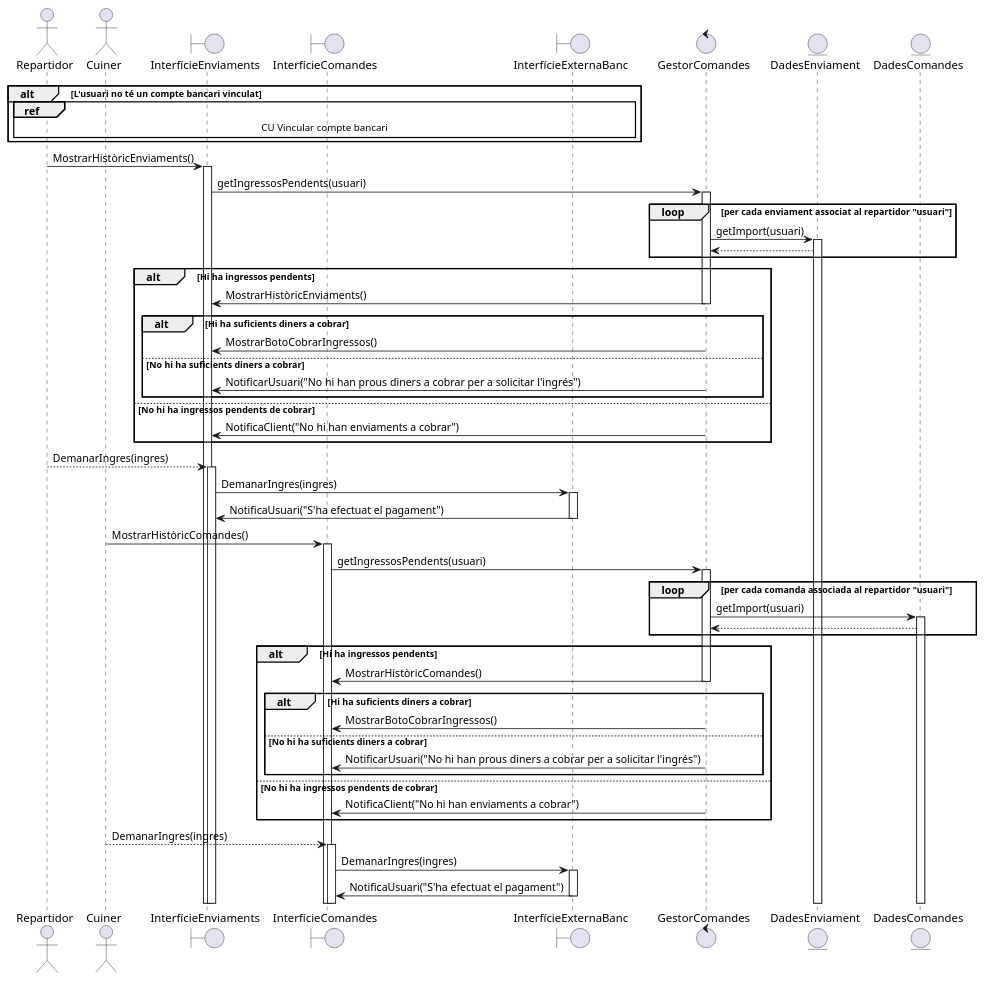
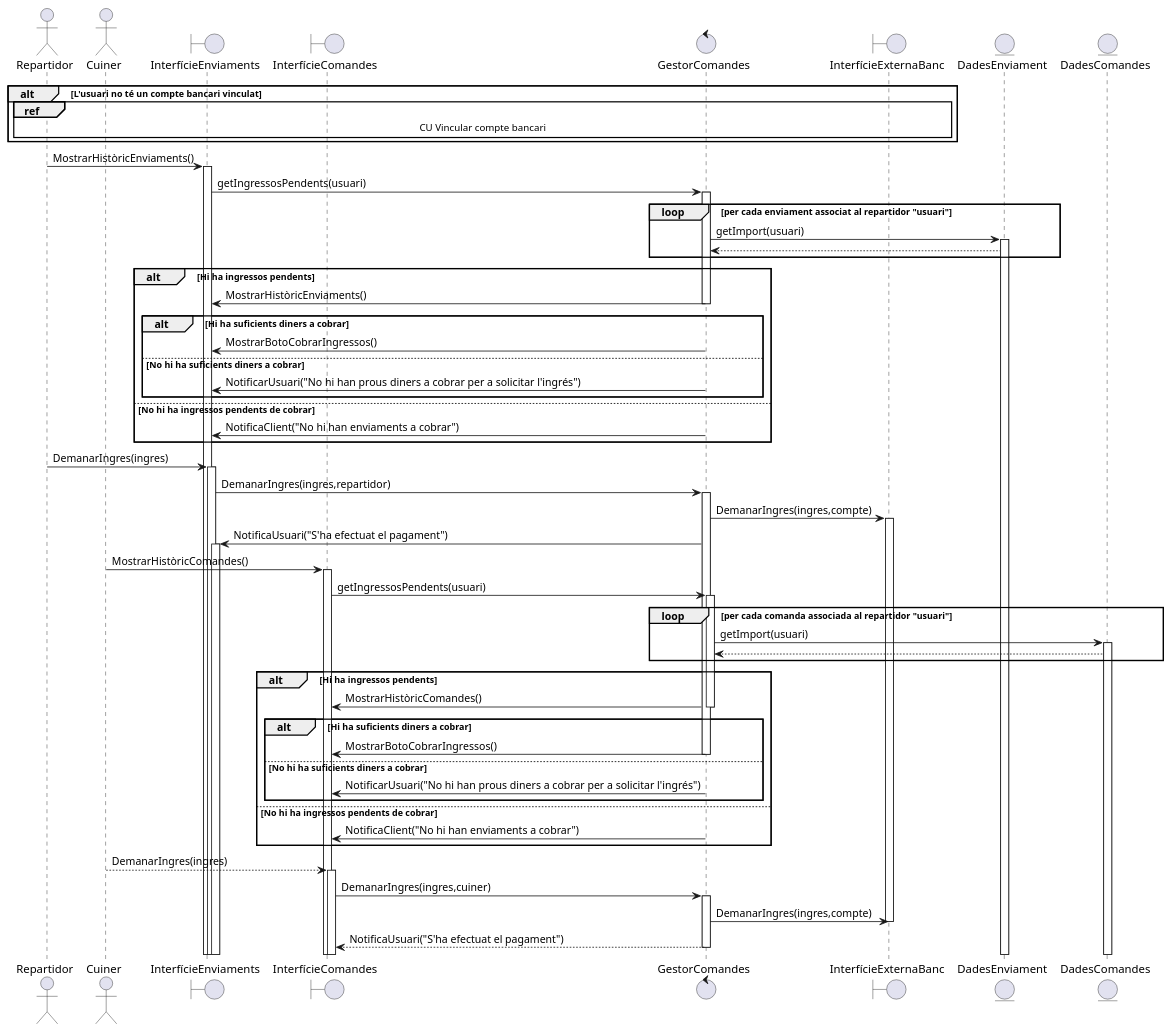
The diagram in documents/Diagrames i Especificacions/Seqüencia/seta/7 - Demanar Ingres.puml (martipages/ES23UAB431-02), drawn with PlantUML before and after one commit. The commit also changed 18 other files, not shown here.

```diff
--- a/documents/Diagrames i Especificacions/Seqüencia/seta/7 - Demanar Ingres.puml
+++ b/documents/Diagrames i Especificacions/Seqüencia/seta/7 - Demanar Ingres.puml
@@ -1,81 +1,87 @@
 @startuml
 
 actor Repartidor
 actor Cuiner
 
 
 boundary InterfícieEnviaments
 boundary InterfícieComandes
+control GestorComandes
 
 boundary InterfícieExternaBanc
-control GestorComandes
 entity DadesEnviament
 entity DadesComandes
 
 
 alt L'usuari no té un compte bancari vinculat
 ref over Repartidor,InterfícieExternaBanc: CU Vincular compte bancari
 end
 
 Repartidor -> InterfícieEnviaments++: MostrarHistòricEnviaments()
 InterfícieEnviaments -> GestorComandes++: getIngressosPendents(usuari)
 loop per cada enviament associat al repartidor "usuari"
 GestorComandes -> DadesEnviament++: getImport(usuari)
 DadesEnviament --> GestorComandes
 
 end
 
 alt Hi ha ingressos pendents
 GestorComandes -> InterfícieEnviaments--:MostrarHistòricEnviaments() 
 alt Hi ha suficients diners a cobrar
 GestorComandes -> InterfícieEnviaments--:MostrarBotoCobrarIngressos()
 else No hi ha suficients diners a cobrar
 GestorComandes -> InterfícieEnviaments--:NotificarUsuari("No hi han prous diners a cobrar per a solicitar l'ingrés")
 end
 else No hi ha ingressos pendents de cobrar
 GestorComandes -> InterfícieEnviaments--: NotificaClient("No hi han enviaments a cobrar") 
 end
 
 
-Repartidor --> InterfícieEnviaments++: DemanarIngres(ingres)
-InterfícieEnviaments->InterfícieExternaBanc++: DemanarIngres(ingres)
-InterfícieExternaBanc->InterfícieEnviaments--: NotificaUsuari("S'ha efectuat el pagament")
+Repartidor -> InterfícieEnviaments++: DemanarIngres(ingres)
+
+InterfícieEnviaments->GestorComandes++: DemanarIngres(ingres,repartidor)
+GestorComandes->InterfícieExternaBanc++:DemanarIngres(ingres,compte)
+GestorComandes->InterfícieEnviaments++: NotificaUsuari("S'ha efectuat el pagament")
+
 
 
 
 
 
 
 
 
 
 Cuiner -> InterfícieComandes++: MostrarHistòricComandes()
 InterfícieComandes -> GestorComandes++: getIngressosPendents(usuari)
 loop per cada comanda associada al repartidor "usuari"
 GestorComandes -> DadesComandes++: getImport(usuari)
 DadesComandes --> GestorComandes
 
 end
 
 alt Hi ha ingressos pendents
 GestorComandes -> InterfícieComandes--:MostrarHistòricComandes() 
 alt Hi ha suficients diners a cobrar
 GestorComandes -> InterfícieComandes--:MostrarBotoCobrarIngressos()
 else No hi ha suficients diners a cobrar
 GestorComandes -> InterfícieComandes--:NotificarUsuari("No hi han prous diners a cobrar per a solicitar l'ingrés")
 end
 else No hi ha ingressos pendents de cobrar
 GestorComandes -> InterfícieComandes--: NotificaClient("No hi han enviaments a cobrar") 
 end
 
 
 Cuiner --> InterfícieComandes++: DemanarIngres(ingres)
-InterfícieComandes->InterfícieExternaBanc++: DemanarIngres(ingres)
-InterfícieExternaBanc->InterfícieComandes--: NotificaUsuari("S'ha efectuat el pagament")
+InterfícieComandes->GestorComandes++: DemanarIngres(ingres,cuiner)
+GestorComandes->InterfícieExternaBanc: DemanarIngres(ingres,compte)
+
+InterfícieExternaBanc--
+GestorComandes-->InterfícieComandes--: NotificaUsuari("S'ha efectuat el pagament")
 
 
 
 
 
 
 @enduml
```
